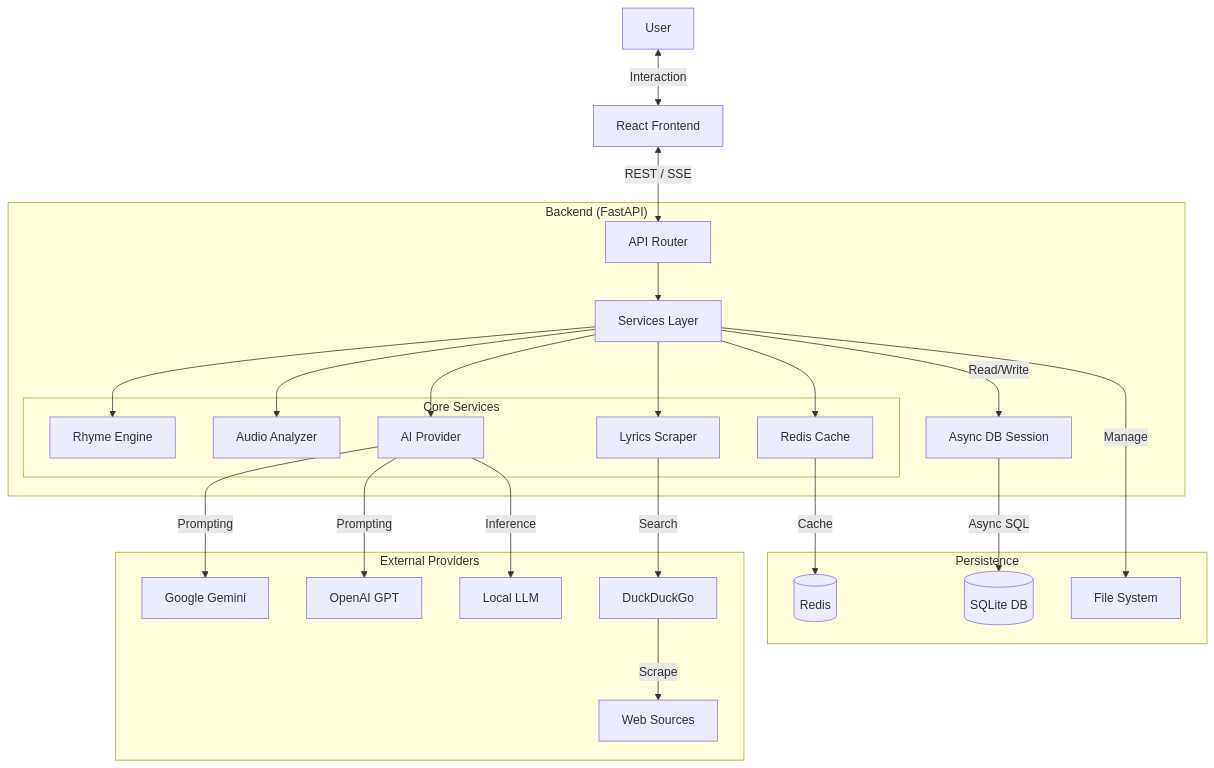
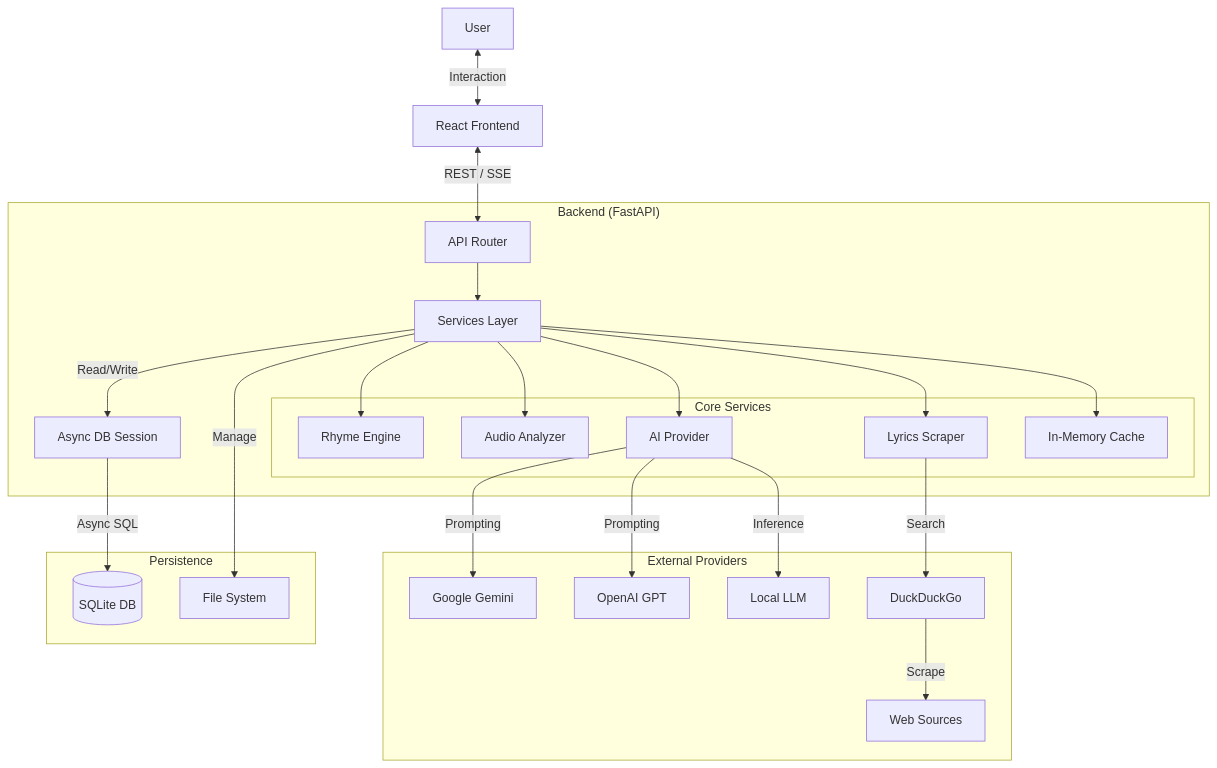
One commit to ChiragNSundar/VibeLyrics changed the diagram in README.md. Above: the diagram before and after it, drawn with Mermaid. The commit also changed other lines of this file and 6 other files, not shown here.

````diff
--- a/README.md
+++ b/README.md
@@ -79,55 +79,53 @@
 ```mermaid
 graph TD
     Client[React Frontend]
     User[User]
     
     subgraph "Backend (FastAPI)"
         API[API Router]
         Services[Services Layer]
         DB_Layer[Async DB Session]
         
         subgraph "Core Services"
             Rhyme[Rhyme Engine]
             Audio[Audio Analyzer]
             AI_Service[AI Provider]
             Scraper[Lyrics Scraper]
-            Cache[Redis Cache]
+            Cache[In-Memory Cache]
         end
     end
     
     subgraph "External Providers"
         Gemini[Google Gemini]
         OpenAI[OpenAI GPT]
         LMStudio[Local LLM]
         Duck[DuckDuckGo]
         Web[Web Sources]
     end
     
     subgraph "Persistence"
         SQLite[(SQLite DB)]
-        Redis[(Redis)]
         Files[File System]
     end
 
     User <-->|Interaction| Client
     Client <-->|REST / SSE| API
     
     API --> Services
     
     Services --> Rhyme
     Services --> Audio
     Services --> AI_Service
     Services --> Scraper
     Services --> Cache
     
     AI_Service -->|Prompting| Gemini
     AI_Service -->|Prompting| OpenAI
     AI_Service -->|Inference| LMStudio
     Scraper -->|Search| Duck
     Duck -->|Scrape| Web
     
     Services -->|Read/Write| DB_Layer
     DB_Layer -->|Async SQL| SQLite
-    Cache -->|Cache| Redis
     Services -->|Manage| Files
 ```
````
